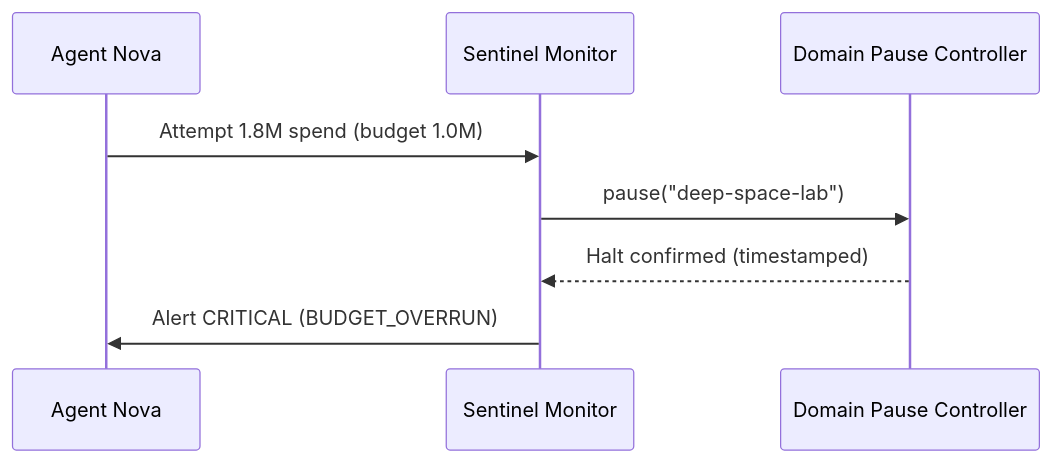
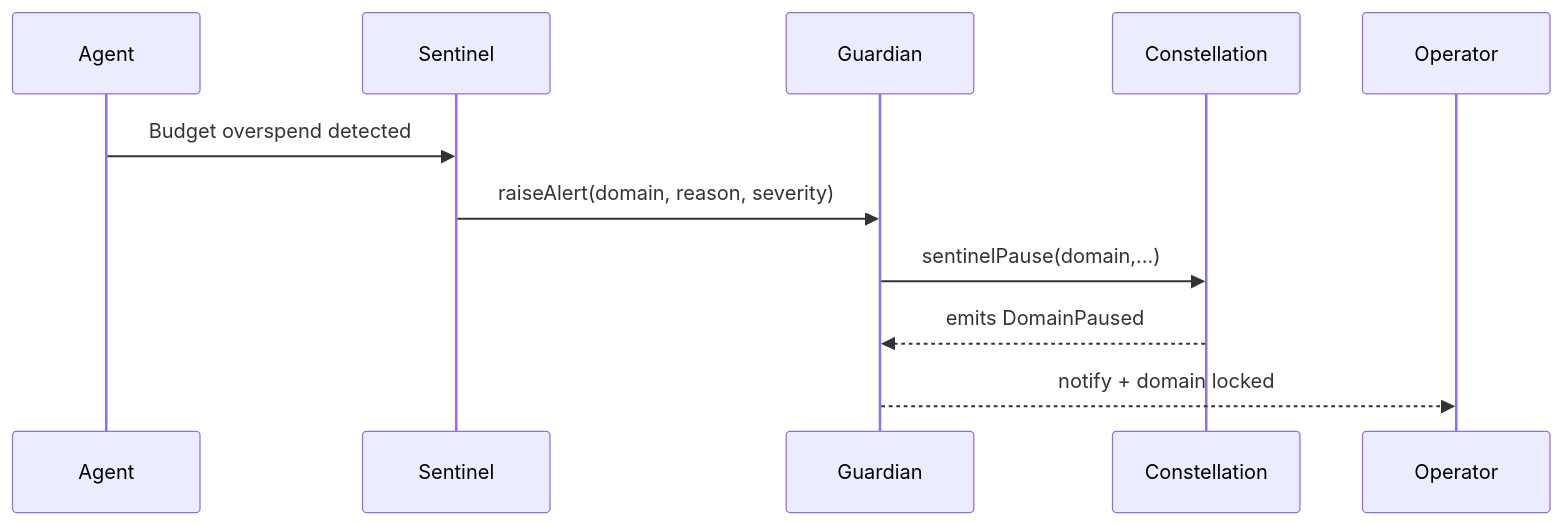
One commit to MontrealAI/AGIJobsv0 changed the second of 2 diagrams in demo/Validator-Constellation-v0/README.md. Above: the diagram before and after it, drawn with Mermaid. The commit also changed other lines of this file and 17 other files, not shown here.

Commit message:
Add Validator Constellation demo with sentinel guardrails

````diff
--- a/demo/Validator-Constellation-v0/README.md
+++ b/demo/Validator-Constellation-v0/README.md
@@ -192,10 +74,12 @@
 ```mermaid
 sequenceDiagram
-  participant Agent as Agent Nova
-  participant Sentinel as Sentinel Monitor
-  participant Domain as Domain Pause Controller
-  Agent->>Sentinel: Attempt 1.8M spend (budget 1.0M)
-  Sentinel->>Domain: pause("deep-space-lab")
-  Domain-->>Sentinel: Halt confirmed (timestamped)
-  Sentinel->>Agent: Alert CRITICAL (BUDGET_OVERRUN)
+    participant Agent
+    participant Sentinel
+    participant Guardian
+    participant Constellation
+    Agent->>Sentinel: Budget overspend detected
+    Sentinel->>Guardian: raiseAlert(domain, reason, severity)
+    Guardian->>Constellation: sentinelPause(domain,...)
+    Constellation-->>Guardian: emits DomainPaused
+    Guardian-->>Operator: notify + domain locked
 ```
````
